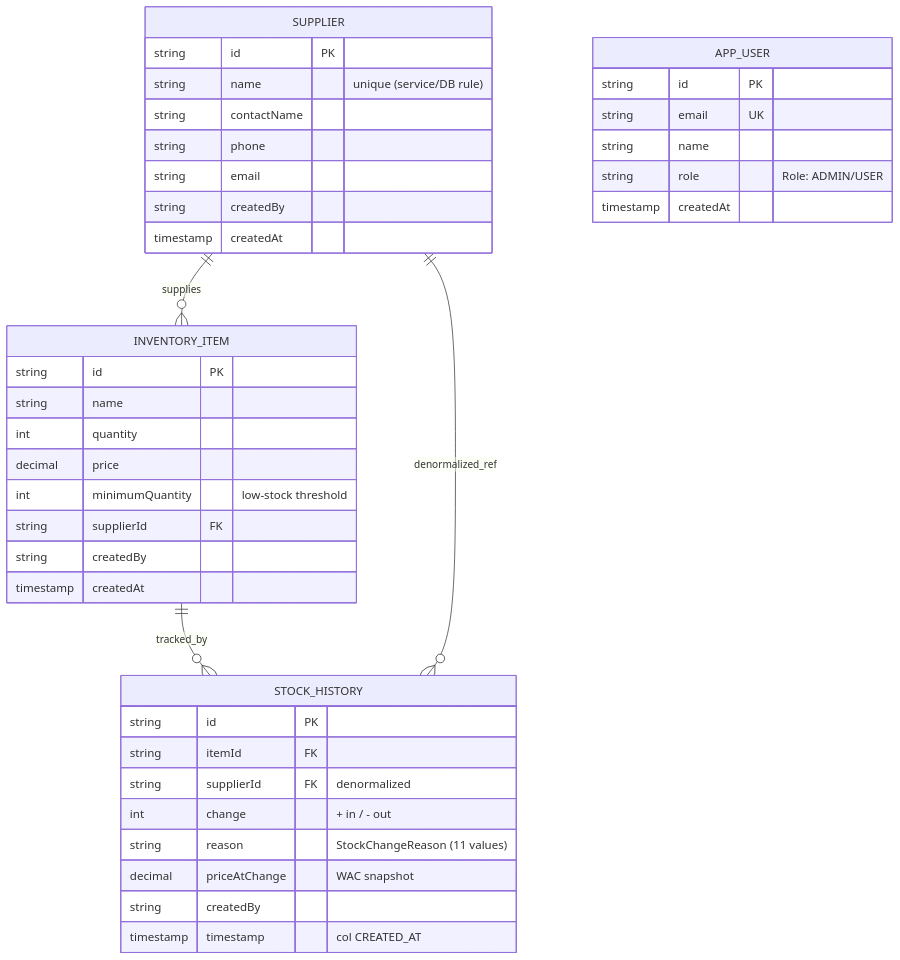
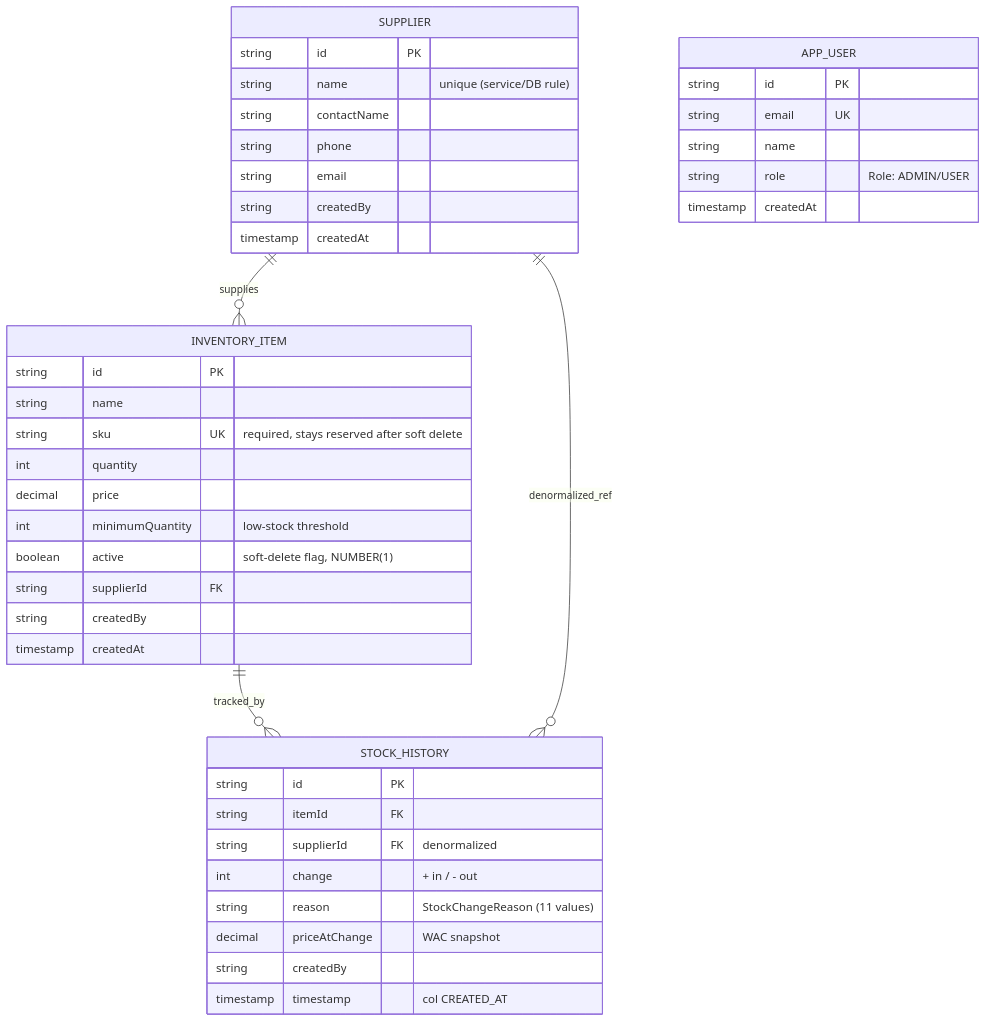
The second of 2 diagrams in docs/backend/architecture/05-building-blocks.md (Keglev/inventory-service), drawn with Mermaid before and after one commit. The commit also changed other lines of this file and 4 other files, not shown here.

````diff
--- a/docs/backend/architecture/05-building-blocks.md
+++ b/docs/backend/architecture/05-building-blocks.md
@@ -142,43 +144,45 @@
 ```mermaid
 erDiagram
     SUPPLIER ||--o{ INVENTORY_ITEM : supplies
     INVENTORY_ITEM ||--o{ STOCK_HISTORY : tracked_by
     SUPPLIER ||--o{ STOCK_HISTORY : denormalized_ref
 
     SUPPLIER {
         string id PK
         string name "unique (service/DB rule)"
         string contactName
         string phone
         string email
         string createdBy
         timestamp createdAt
     }
     INVENTORY_ITEM {
         string id PK
         string name
+        string sku UK "required, stays reserved after soft delete"
         int quantity
         decimal price
         int minimumQuantity "low-stock threshold"
+        boolean active "soft-delete flag, NUMBER(1)"
         string supplierId FK
         string createdBy
         timestamp createdAt
     }
     STOCK_HISTORY {
         string id PK
         string itemId FK
         string supplierId FK "denormalized"
         int change "+ in / - out"
         string reason "StockChangeReason (11 values)"
         decimal priceAtChange "WAC snapshot"
         string createdBy
         timestamp timestamp "col CREATED_AT"
     }
     APP_USER {
         string id PK
         string email UK
         string name
         string role "Role: ADMIN/USER"
         timestamp createdAt
     }
 ```
````
